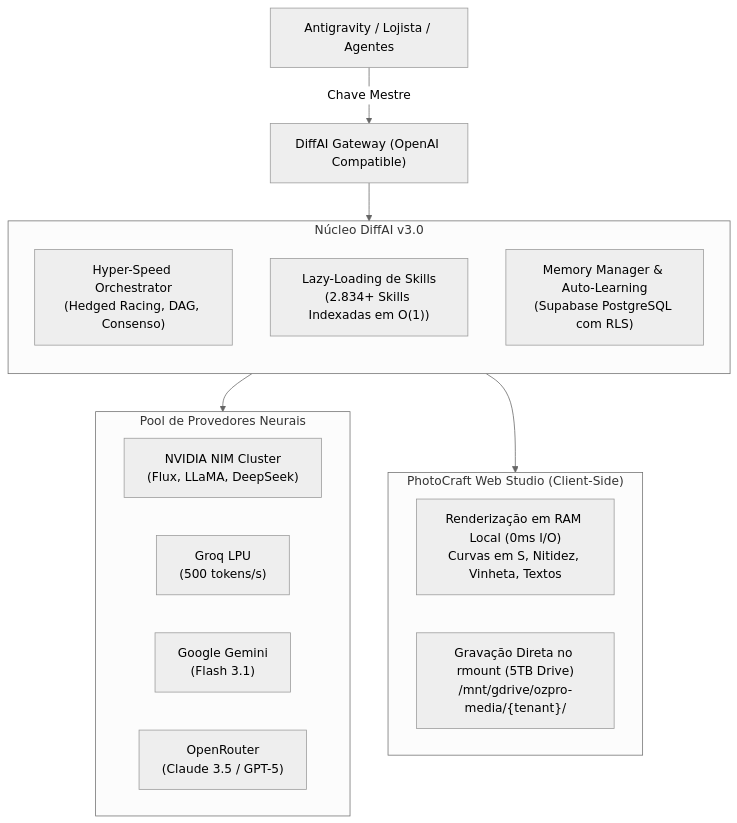
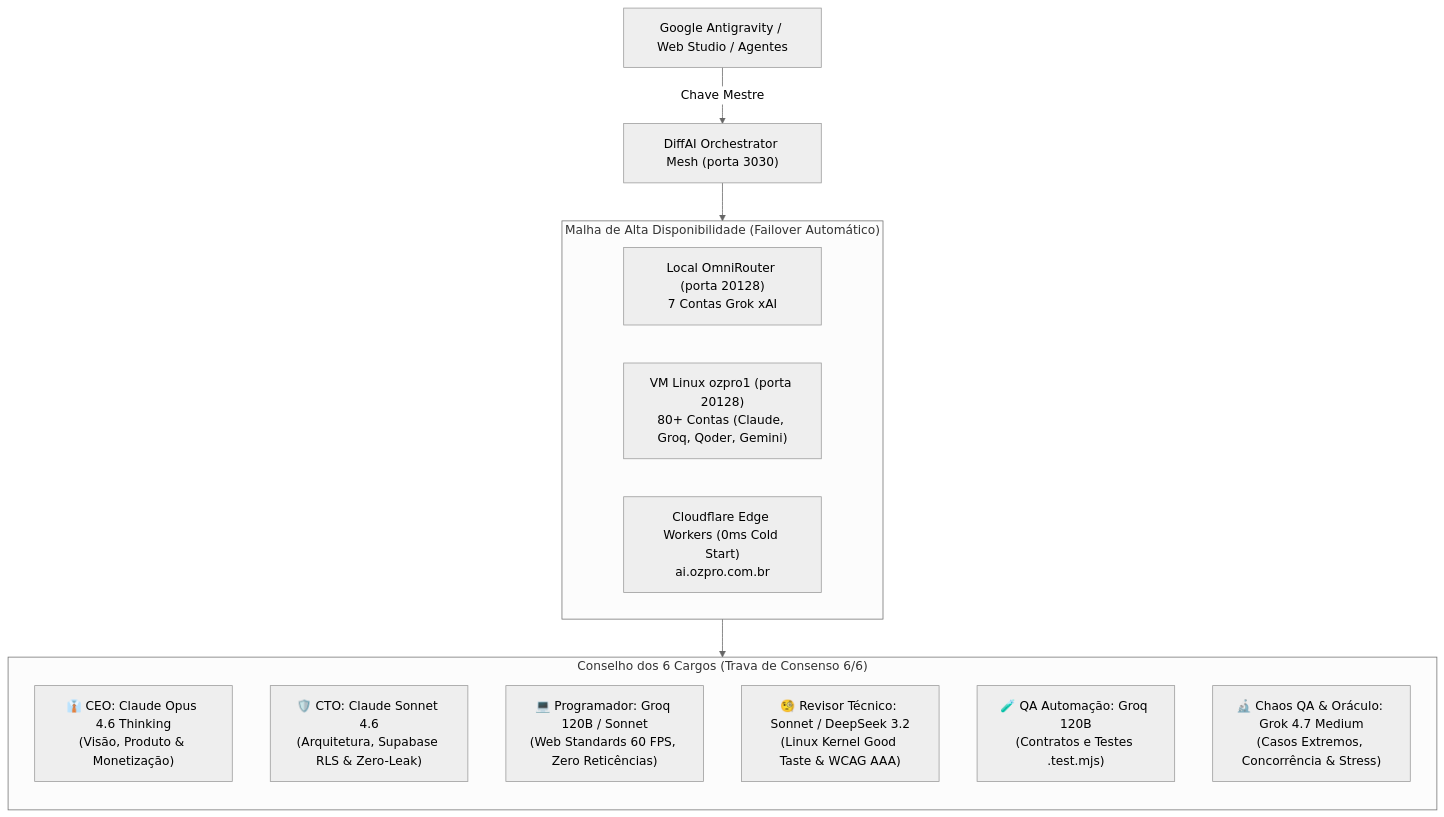
One commit to clepta2/diffai changed the diagram in README.md. Above: the diagram before and after it, drawn with Mermaid (neutral theme). The commit also changed other lines of this file and 3 other files, not shown here.

Commit message:
feat(orchestrator): multi-gateway mesh, 6-role council with chaos qa, sub-200ms groq lpu and native test suite

````diff
--- a/README.md
+++ b/README.md
@@ -15,28 +16,24 @@
 ```mermaid
 flowchart TD
-    User["Antigravity / Lojista / Agentes"] -->|Chave Mestre| Gateway["DiffAI Gateway (OpenAI Compatible)"]
+    Client["Google Antigravity / Web Studio / Agentes"] -->|Chave Mestre| DiffAIGateway["DiffAI Orchestrator Mesh (porta 3030)"]
 
-    subgraph Core["Núcleo DiffAI v3.0"]
-        direction TB
-        Orch["Hyper-Speed Orchestrator\n(Hedged Racing, DAG, Consenso)"]
-        LazySkills["Lazy-Loading de Skills\n(2.834+ Skills Indexadas em O(1))"]
-        Memory["Memory Manager & Auto-Learning\n(Supabase PostgreSQL com RLS)"]
+    subgraph Mesh["Malha de Alta Disponibilidade (Failover Automático)"]
+        direction LR
+        LocalOMNI["Local OmniRouter (porta 20128)\n7 Contas Grok xAI"]
+        VMTailscale["VM Linux ozpro1 (porta 20128)\n80+ Contas (Claude, Groq, Qoder, Gemini)"]
+        CloudEdge["Cloudflare Edge Workers (0ms Cold Start)\nai.ozpro.com.br"]
     end
 
-    subgraph Providers["Pool de Provedores Neurais"]
-        direction LR
-        NVIDIA["NVIDIA NIM Cluster\n(Flux, LLaMA, DeepSeek)"]
-        Groq["Groq LPU\n(500 tokens/s)"]
-        Gemini["Google Gemini\n(Flash 3.1)"]
-        OpenRouter["OpenRouter\n(Claude 3.5 / GPT-5)"]
+    subgraph Council["Conselho dos 6 Cargos (Trava de Consenso 6/6)"]
+        direction TB
+        CEO["👔 CEO: Claude Opus 4.6 Thinking\n(Visão, Produto & Monetização)"]
+        CTO["🛡️ CTO: Claude Sonnet 4.6\n(Arquitetura, Supabase RLS & Zero-Leak)"]
+        DEV["💻 Programador: Groq 120B / Sonnet\n(Web Standards 60 FPS, Zero Reticências)"]
+        REV["🧐 Revisor Técnico: Sonnet / DeepSeek 3.2\n(Linux Kernel Good Taste & WCAG AAA)"]
+        QA["🧪 QA Automação: Groq 120B\n(Contratos e Testes .test.mjs)"]
+        CHAOS["🔬 Chaos QA & Oráculo: Grok 4.7 Medium\n(Casos Extremos, Concorrência & Stress)"]
     end
 
-    subgraph Studio["PhotoCraft Web Studio (Client-Side)"]
-        RAM["Renderização em RAM Local (0ms I/O)\nCurvas em S, Nitidez, Vinheta, Textos"]
-        Rmount["Gravação Direta no rmount (5TB Drive)\n/mnt/gdrive/ozpro-media/{tenant}/"]
-    end
-
-    Gateway --> Core
-    Core --> Providers
-    Core --> Studio
+    DiffAIGateway --> Mesh
+    Mesh --> Council
 ```
````
